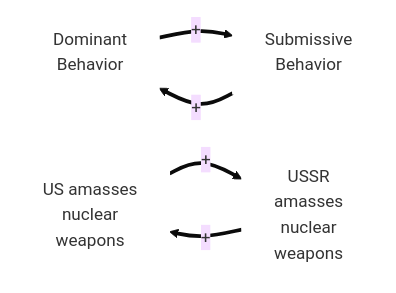
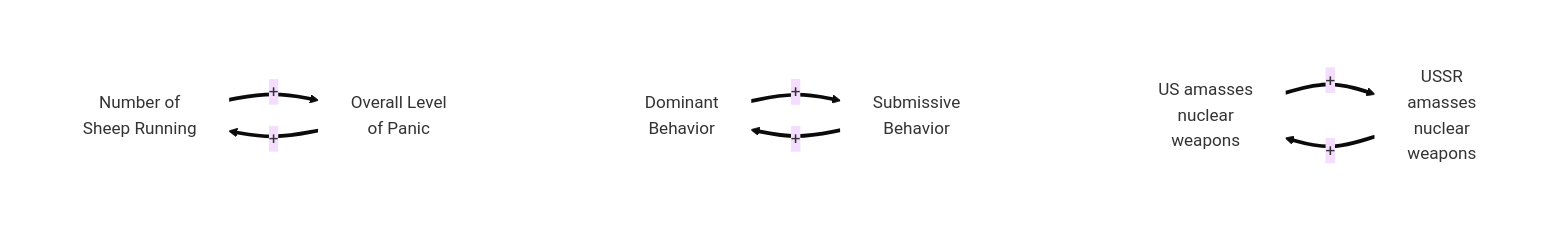
One commit to rowdenw/rowdenw.github.io changed the eighth of 8 diagrams in _posts/2021-03-14-Grown-Up-Thinking.md. Above: the diagram before and after it, drawn with Mermaid (base theme). The commit also changed other lines of this file, not shown here.

```diff
--- a/_posts/2021-03-14-Grown-Up-Thinking.md
+++ b/_posts/2021-03-14-Grown-Up-Thinking.md
@@ -160,11 +161,23 @@
 <div class="mermaid">
-graph LR
-	D[Dominant<br>Behavior] =="+"==>
-	S[Submissive<br>Behavior] =="+"==>  D
+graph TD
+	subgraph c[ ]
+		A[US amasses<br>nuclear<br>weapons] =="+"==>
+		R[USSR<br>amasses<br>nuclear<br>weapons] =="+"==> A
+	end
 
-	A[US amasses<br>nuclear<br>weapons] =="+"==>
-	R[USSR<br>amasses<br>nuclear<br>weapons] =="+"==> A
+	subgraph b[ ]
+		D[Dominant<br>Behavior] =="+"==>
+		S[Submissive<br>Behavior] =="+"==>  D
+	end
+	
+	subgraph a[ ]
+		N[Number of<br>Sheep Running] =="+"==>
+		P[Overall Level<br>of Panic] =="+"==>  N
+	end
 	
 	classDef default fill:#FFFFFF, stroke:#FFFFFF
 	linkStyle default interpolate basis
+	style a fill:#FFFFFF, stroke:#FFFFFF
+	style b fill:#FFFFFF, stroke:#FFFFFF
+	style c fill:#FFFFFF, stroke:#FFFFFF
 </div>
```
